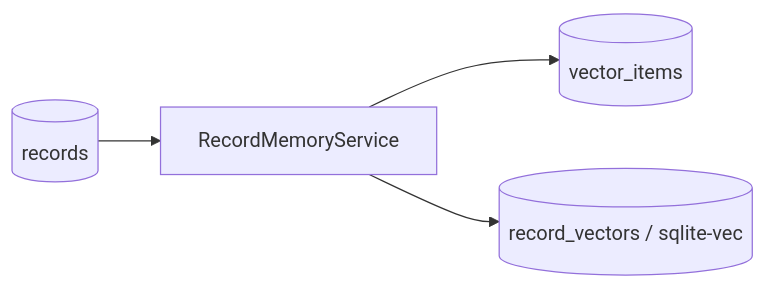
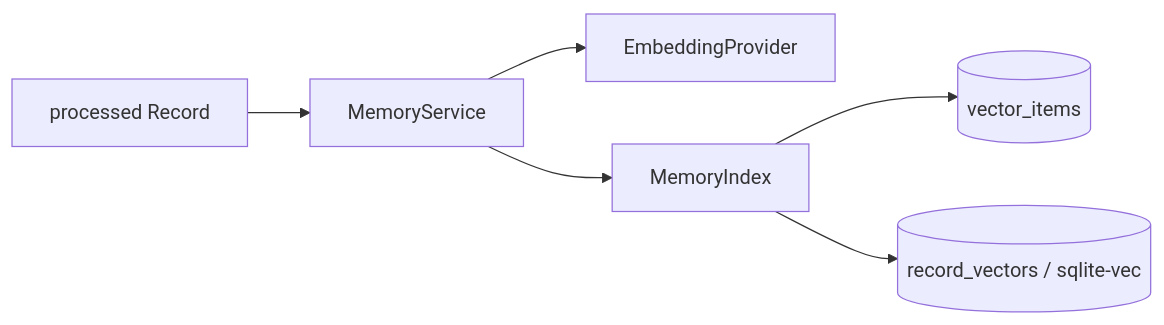
Before and after one commit to huiru-wang/fanto: the diagram in docs/domain/memory.md, drawn with Mermaid. The commit also changed other lines of this file and 14 other files, not shown here.

````diff
--- a/docs/domain/memory.md
+++ b/docs/domain/memory.md
@@ -23,6 +55,8 @@
 ```mermaid
 flowchart LR
-  R[(records)] --> I[RecordMemoryService]
-  I --> VI[(vector_items)]
-  I --> RV[(record_vectors / sqlite-vec)]
+  R[processed Record] --> M[MemoryService]
+  M --> E[EmbeddingProvider]
+  M --> P[MemoryIndex]
+  P --> VI[(vector_items)]
+  P --> RV[(record_vectors / sqlite-vec)]
 ```
````
